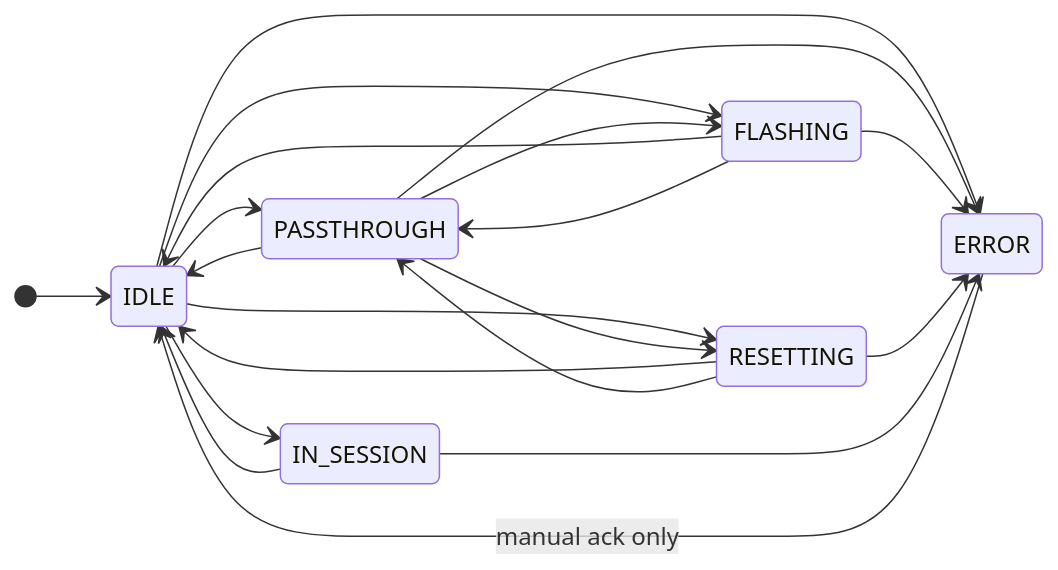
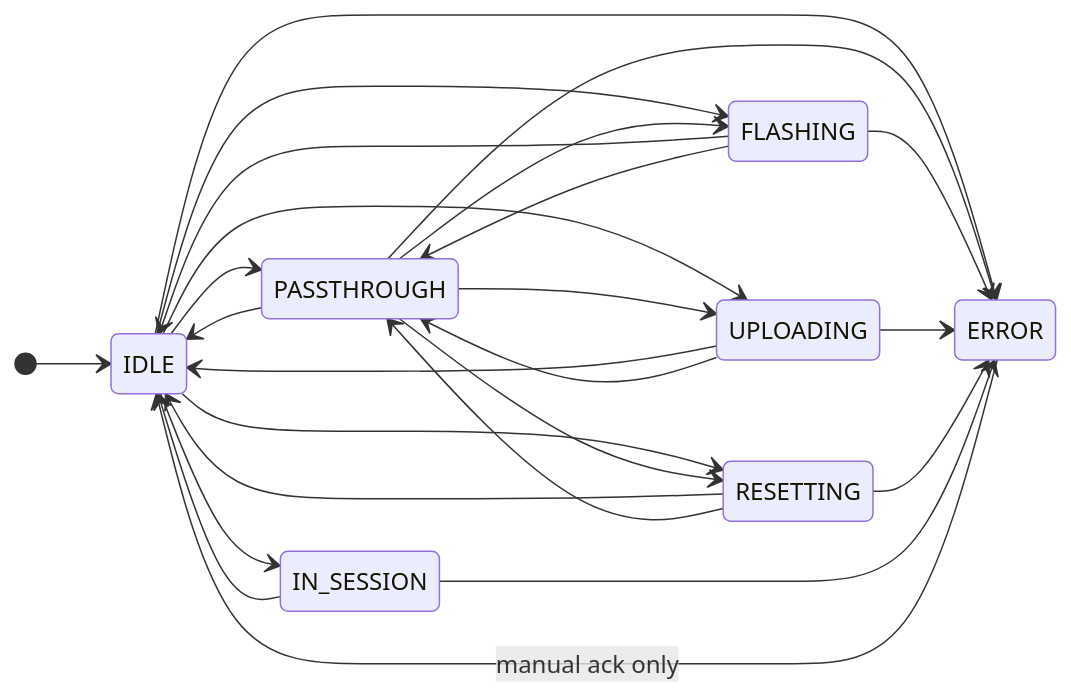
Before and after one commit to Chase-NJ/Ephymeris: the first of 3 diagrams in docs/dashboard.md, drawn with Mermaid. The commit also changed other lines of this file and 4 other files, not shown here.

````diff
--- a/docs/dashboard.md
+++ b/docs/dashboard.md
@@ -275,23 +275,28 @@
 ```mermaid
 stateDiagram-v2
     direction LR
     [*] --> IDLE
     IDLE --> PASSTHROUGH
     IDLE --> FLASHING
     IDLE --> RESETTING
     IDLE --> IN_SESSION
     PASSTHROUGH --> IDLE
     PASSTHROUGH --> FLASHING
     PASSTHROUGH --> RESETTING
+    IDLE --> UPLOADING
+    PASSTHROUGH --> UPLOADING
     FLASHING --> IDLE
     FLASHING --> PASSTHROUGH
+    UPLOADING --> IDLE
+    UPLOADING --> PASSTHROUGH
     RESETTING --> IDLE
     RESETTING --> PASSTHROUGH
     IN_SESSION --> IDLE
     IDLE --> ERROR
     PASSTHROUGH --> ERROR
     FLASHING --> ERROR
+    UPLOADING --> ERROR
     RESETTING --> ERROR
     IN_SESSION --> ERROR
     ERROR --> IDLE : manual ack only
 ```
````
